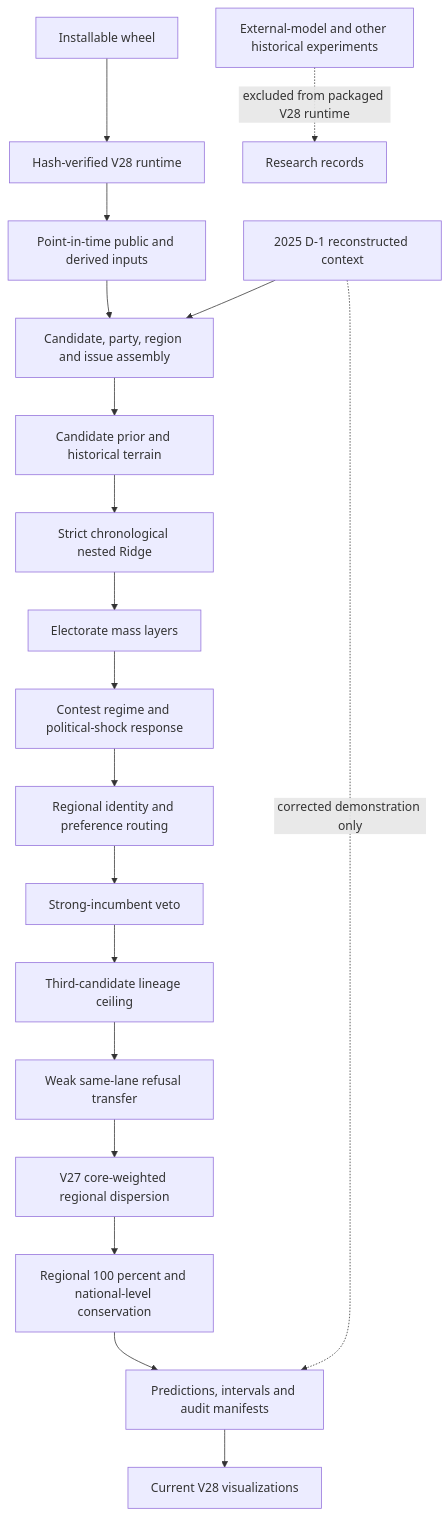
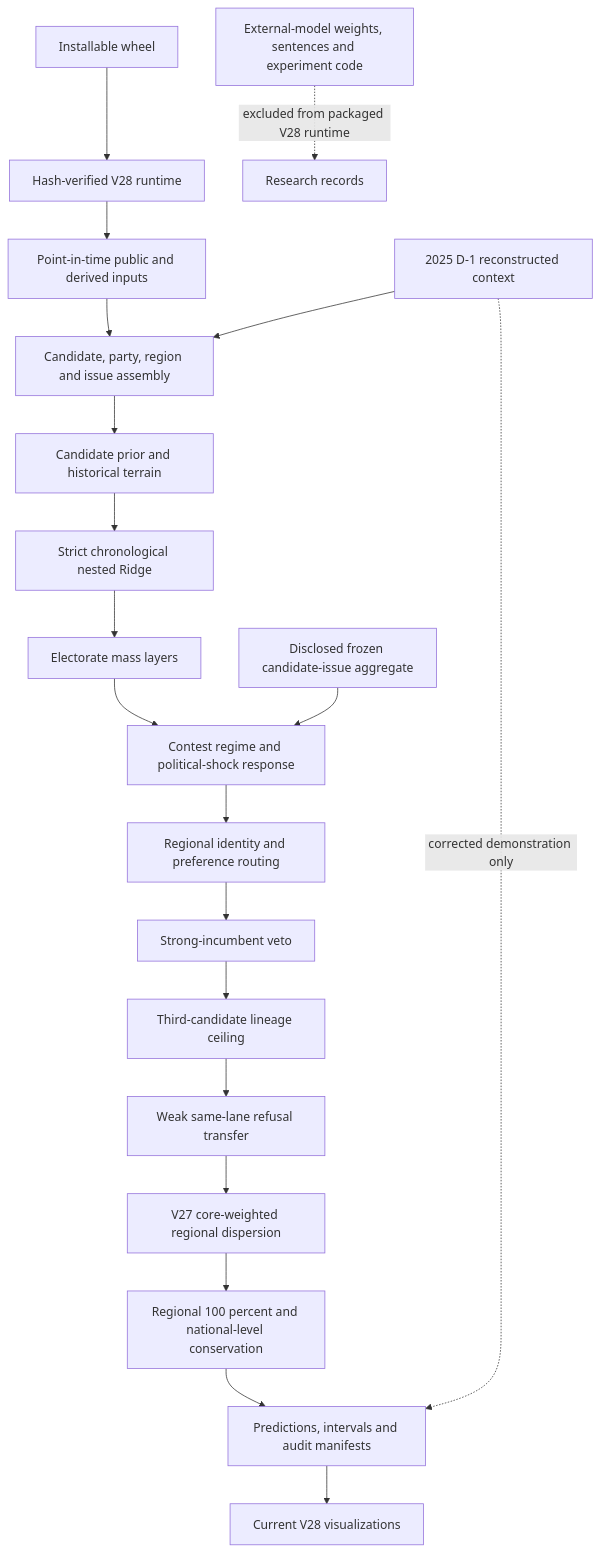
One commit to bamboosalt09-bam/election-forecast changed the diagram in docs/ARCHITECTURE.md. Above: the diagram before and after it, drawn with Mermaid. The commit also changed other lines of this file and 28 other files, not shown here.

Commit message:
Correct V28 external-model boundary and reproduction

````diff
--- a/docs/ARCHITECTURE.md
+++ b/docs/ARCHITECTURE.md
@@ -11,23 +12,24 @@
 ```mermaid
 flowchart TD
     P[Installable wheel] --> Q[Hash-verified V28 runtime]
     Q --> A[Point-in-time public and derived inputs]
     A --> B[Candidate, party, region and issue assembly]
     B --> C[Candidate prior and historical terrain]
     C --> D[Strict chronological nested Ridge]
     D --> E[Electorate mass layers]
     E --> F[Contest regime and political-shock response]
     F --> G[Regional identity and preference routing]
     G --> H[Strong-incumbent veto]
     H --> I[Third-candidate lineage ceiling]
     I --> J[Weak same-lane refusal transfer]
     J --> K[V27 core-weighted regional dispersion]
     K --> L[Regional 100 percent and national-level conservation]
     L --> M[Predictions, intervals and audit manifests]
     M --> N[Current V28 visualizations]
 
     O[2025 D-1 reconstructed context] --> B
     O -. corrected demonstration only .-> M
 
-    R[External-model and other historical experiments] -. excluded from packaged V28 runtime .-> S[Research records]
+    R[External-model weights, sentences and experiment code] -. excluded from packaged V28 runtime .-> S[Research records]
+    T[Disclosed frozen candidate-issue aggregate] --> F
 ```
````
